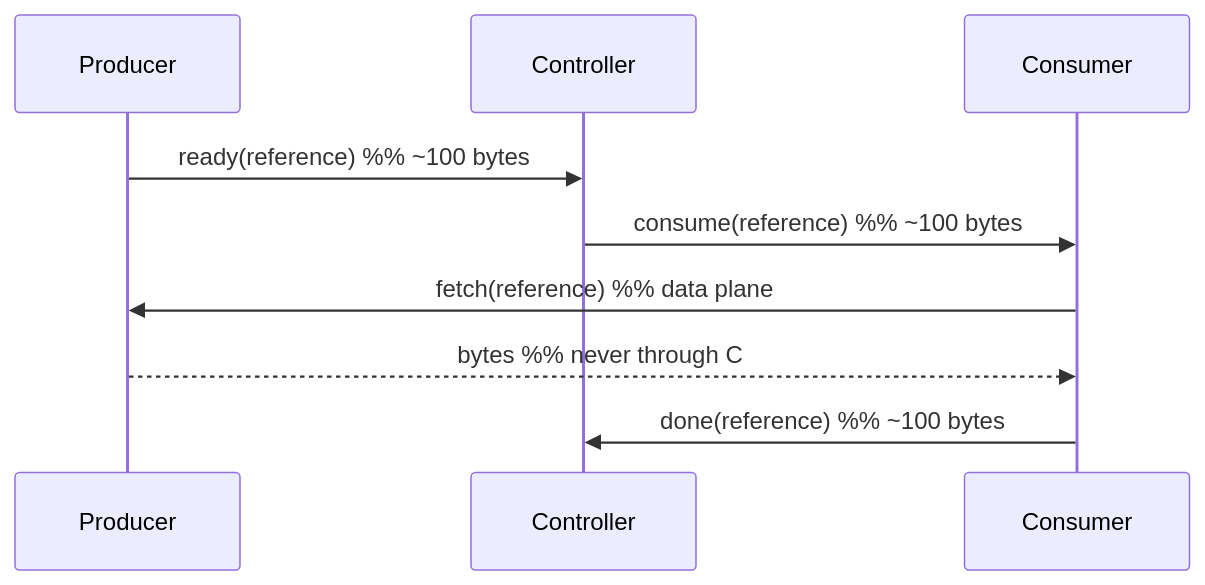
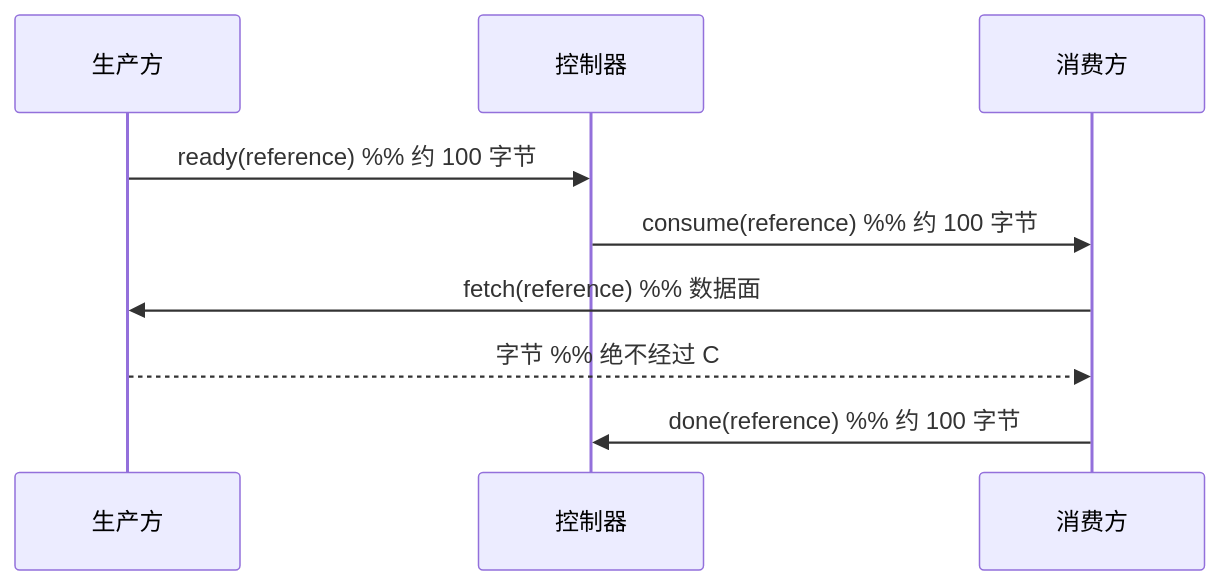
One commit to HSPK/tinyray changed the diagram in docs/02-architecture/04-planes.md. Above: the diagram before and after it, drawn with Mermaid. The commit also changed other lines of this file and 33 other files, not shown here.

````diff
--- a/docs/02-architecture/04-planes.md
+++ b/docs/02-architecture/04-planes.md
@@ -89,12 +80,12 @@
 ```mermaid
 sequenceDiagram
-    participant P as Producer
-    participant C as Controller
-    participant Q as Consumer
+    participant P as 生产方
+    participant C as 控制器
+    participant Q as 消费方
 
-    P->>C: ready(reference)         %% ~100 bytes
-    C->>Q: consume(reference)       %% ~100 bytes
-    Q->>P: fetch(reference)         %% data plane
-    P-->>Q: bytes                   %% never through C
-    Q->>C: done(reference)          %% ~100 bytes
+    P->>C: ready(reference)         %% 约 100 字节
+    C->>Q: consume(reference)       %% 约 100 字节
+    Q->>P: fetch(reference)         %% 数据面
+    P-->>Q: 字节                     %% 绝不经过 C
+    Q->>C: done(reference)          %% 约 100 字节
 ```
````
